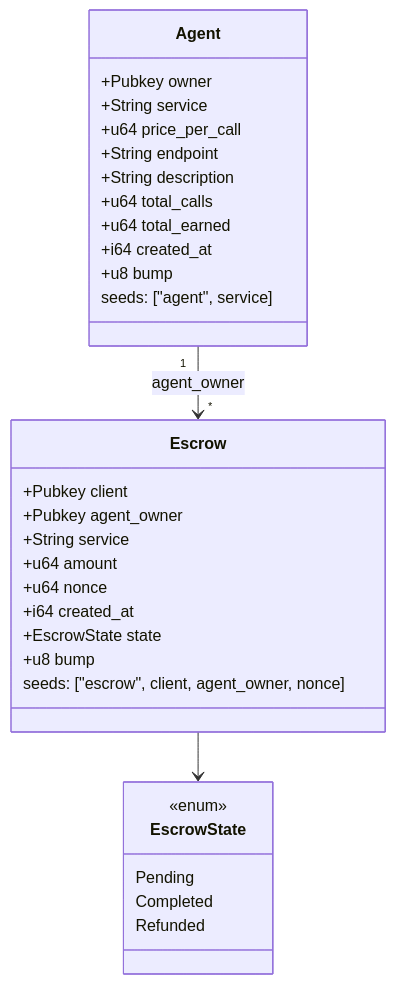
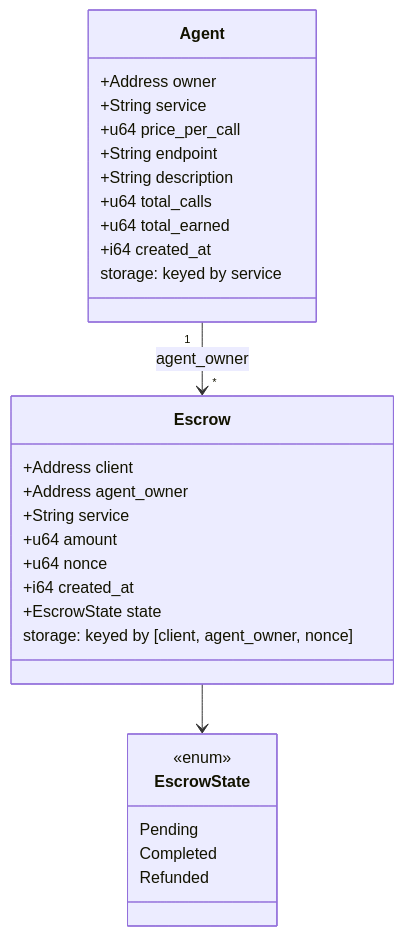
The fourth of 11 diagrams in docs/architecture.md (CoKeFish/kiba), drawn with Mermaid before and after one commit. The commit also changed other lines of this file and 52 other files, not shown here.

First line of the commit message:
docs+assets: Stellar/Soroban README & architecture + kiba raster

````diff
--- a/docs/architecture.md
+++ b/docs/architecture.md
@@ -198,37 +198,35 @@
 ```mermaid
 classDiagram
     class Agent {
-        +Pubkey owner
+        +Address owner
         +String service
         +u64 price_per_call
         +String endpoint
         +String description
         +u64 total_calls
         +u64 total_earned
         +i64 created_at
-        +u8 bump
-        seeds: ["agent", service]
+        storage: keyed by service
     }
 
     class Escrow {
-        +Pubkey client
-        +Pubkey agent_owner
+        +Address client
+        +Address agent_owner
         +String service
         +u64 amount
         +u64 nonce
         +i64 created_at
         +EscrowState state
-        +u8 bump
-        seeds: ["escrow", client, agent_owner, nonce]
+        storage: keyed by [client, agent_owner, nonce]
     }
 
     class EscrowState {
         <<enum>>
         Pending
         Completed
         Refunded
     }
 
     Escrow --> EscrowState
     Agent "1" --> "*" Escrow : agent_owner
 ```
````
